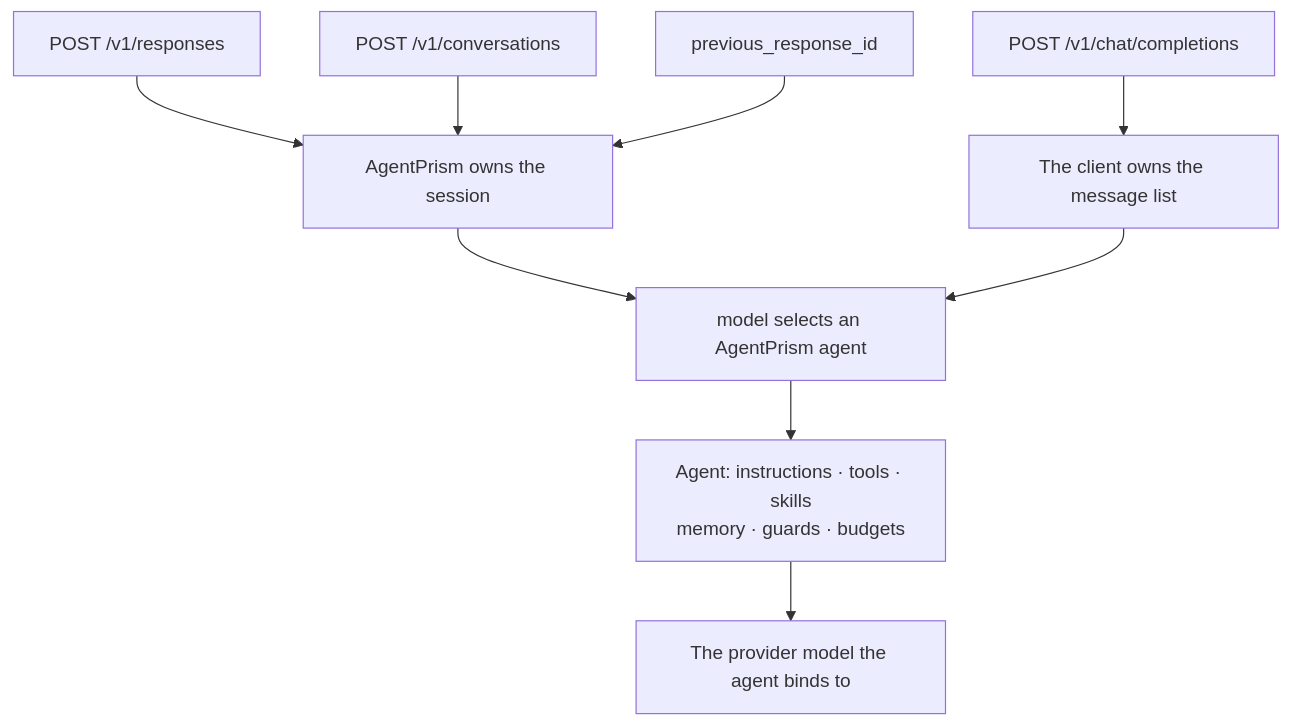
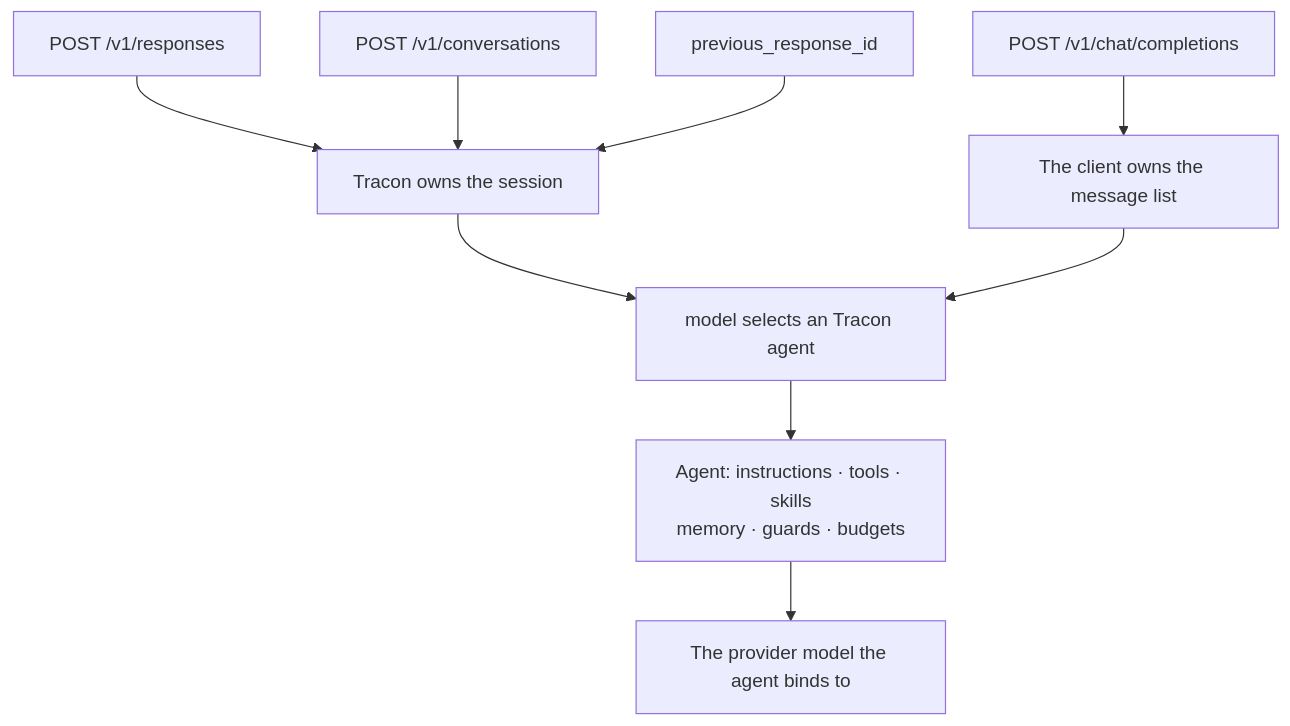
The diagram in docs-site/src/content/docs/guides/openai-api.md (farukatasoy/Tracon), drawn with Mermaid before and after one commit. The commit also changed other lines of this file and 4170 other files, not shown here.

Commit message:
feat: rename the product from AgentPrism to Tracon

````diff
--- a/docs-site/src/content/docs/guides/openai-api.md
+++ b/docs-site/src/content/docs/guides/openai-api.md
@@ -13,13 +13,13 @@
 ```mermaid
 flowchart TD
     accTitle: The two compatible surfaces and who owns the conversation
-    accDescr: Responses keeps conversation state on the server, reached either by previous_response_id or by an explicitly reserved conversation. Chat Completions carries its history in the request. Both resolve the model field to an AgentPrism agent, which then chooses its own provider model.
-    RESP["POST /v1/responses"] --> SRV["AgentPrism owns the session"]
+    accDescr: Responses keeps conversation state on the server, reached either by previous_response_id or by an explicitly reserved conversation. Chat Completions carries its history in the request. Both resolve the model field to an Tracon agent, which then chooses its own provider model.
+    RESP["POST /v1/responses"] --> SRV["Tracon owns the session"]
     CONV["POST /v1/conversations"] --> SRV
     PREV["previous_response_id"] --> SRV
     CHAT["POST /v1/chat/completions"] --> CLI["The client owns the message list"]
-    SRV --> PICK["model selects an AgentPrism agent"]
+    SRV --> PICK["model selects an Tracon agent"]
     CLI --> PICK
     PICK --> AGENT["Agent: instructions · tools · skills<br/>memory · guards · budgets"]
     AGENT --> MODEL["The provider model the agent binds to"]
 ```
````
